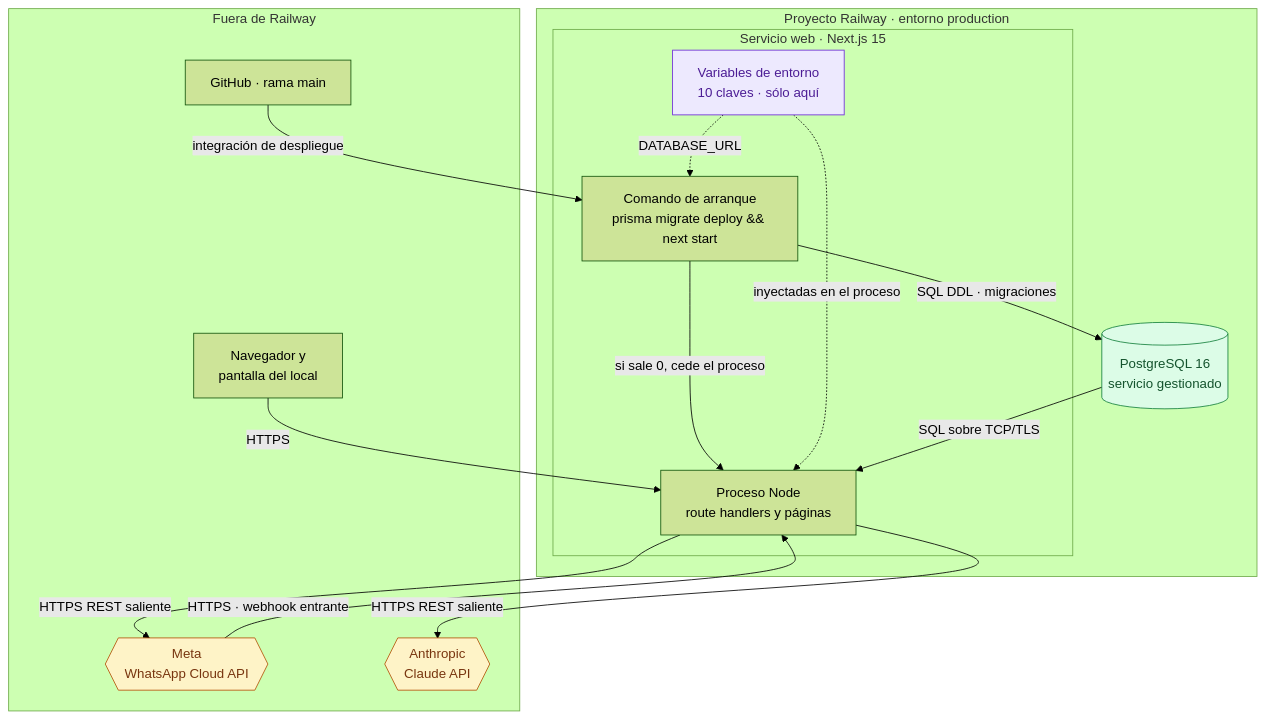
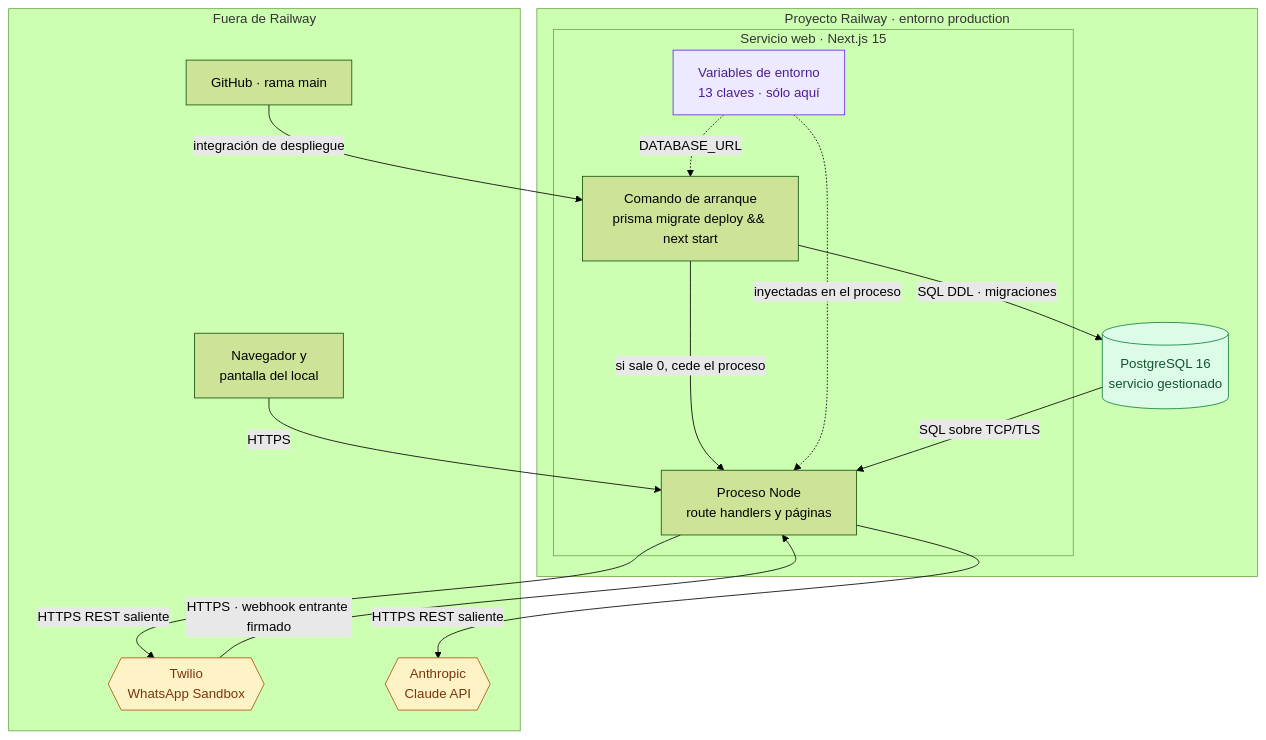
The fourth of 7 diagrams in readme.md (fedewagner/SRS-Carnik), drawn with Mermaid (forest theme) before and after one commit. The commit also changed other lines of this file and 9 other files, not shown here.

````diff
--- a/readme.md
+++ b/readme.md
@@ -449,36 +496,36 @@
 ```mermaid
 flowchart TB
     subgraph railway["Proyecto Railway · entorno production"]
         subgraph websvc["Servicio web · Next.js 15"]
             START["Comando de arranque<br/>prisma migrate deploy && next start"]
             APP["Proceso Node<br/>route handlers y páginas"]
-            VARS["Variables de entorno<br/>10 claves · sólo aquí"]
+            VARS["Variables de entorno<br/>13 claves · sólo aquí"]
         end
         DB[("PostgreSQL 16<br/>servicio gestionado")]
     end
 
     subgraph fuera["Fuera de Railway"]
         GH["GitHub · rama main"]
-        META{{"Meta<br/>WhatsApp Cloud API"}}
+        TW{{"Twilio<br/>WhatsApp Sandbox"}}
         AI{{"Anthropic<br/>Claude API"}}
         USR["Navegador y<br/>pantalla del local"]
     end
 
     GH -->|"integración de despliegue"| START
     START -->|"SQL DDL · migraciones"| DB
     START -->|"si sale 0, cede el proceso"| APP
     VARS -.->|"inyectadas en el proceso"| APP
     VARS -.->|"DATABASE_URL"| START
     DB -->|"SQL sobre TCP/TLS"| APP
-    APP -->|"HTTPS REST saliente"| META
+    APP -->|"HTTPS REST saliente"| TW
     APP -->|"HTTPS REST saliente"| AI
-    META -->|"HTTPS · webhook entrante"| APP
+    TW -->|"HTTPS · webhook entrante firmado"| APP
     USR -->|"HTTPS"| APP
 
     classDef externo fill:#fef3c7,stroke:#b45309,color:#78350f
     classDef almacen fill:#dcfce7,stroke:#15803d,color:#14532d
     classDef secreto fill:#ede9fe,stroke:#6d28d9,color:#4c1d95
-    class META,AI externo
+    class TW,AI externo
     class DB almacen
     class VARS secreto
 ```
````
